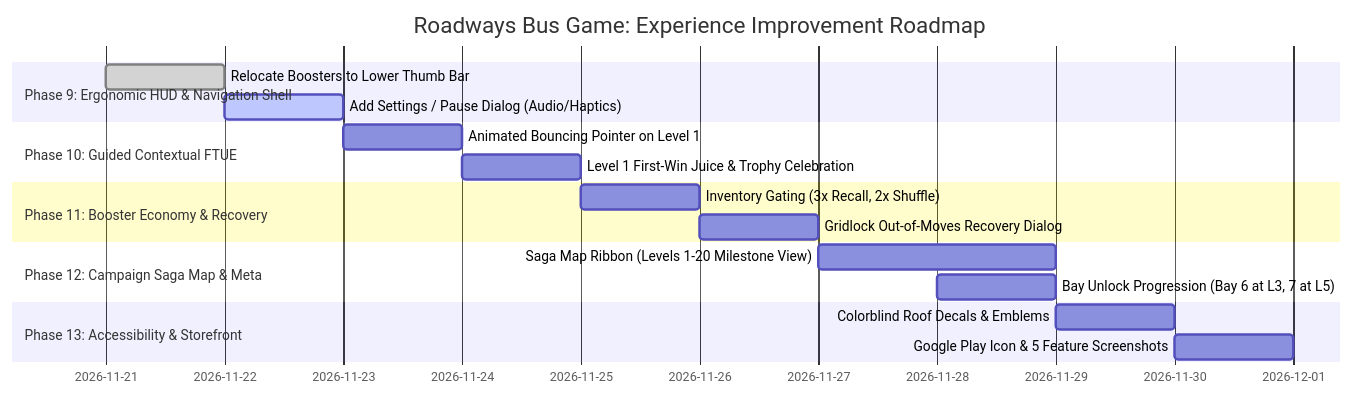
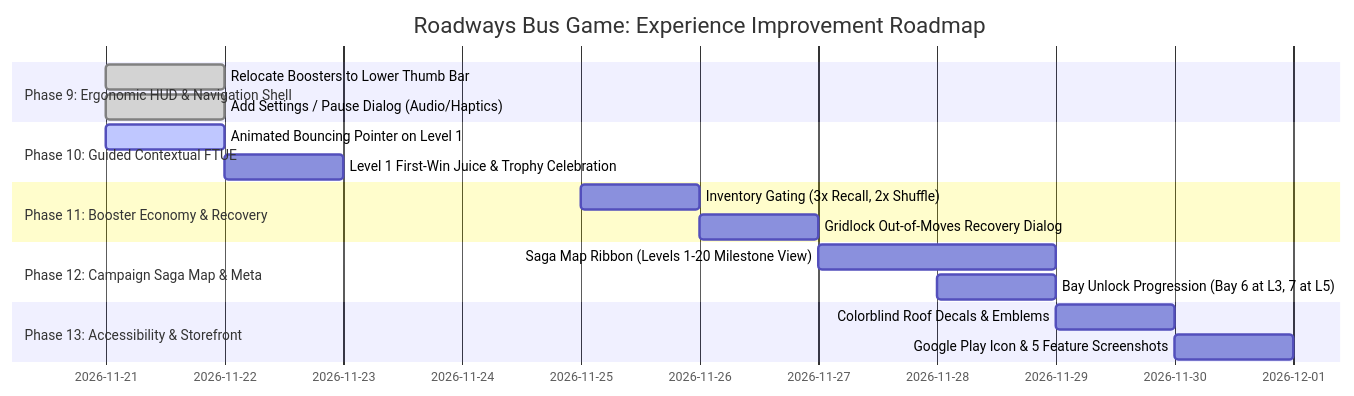
One commit to mohansharma916/Roadways-Bus- changed the fifth of 5 diagrams in GAME_EXPERIENCE_AUDIT_AND_ROADMAP.md. Above: the diagram before and after it, drawn with Mermaid. The commit also changed other lines of this file and 2 other files, not shown here.

Commit message:
feat(phase10): implement guided contextual FTUE, vector arrow pointer, matching beacon pulse and live verification

````diff
--- a/GAME_EXPERIENCE_AUDIT_AND_ROADMAP.md
+++ b/GAME_EXPERIENCE_AUDIT_AND_ROADMAP.md
@@ -305,20 +305,20 @@
 ```mermaid
 gantt
     title Roadways Bus Game: Experience Improvement Roadmap
     dateFormat  YYYY-MM-DD
     section Phase 9: Ergonomic HUD & Navigation Shell
     Relocate Boosters to Lower Thumb Bar      :done,    des1, 2026-11-21, 1d
-    Add Settings / Pause Dialog (Audio/Haptics):active,  des2, 2026-11-22, 1d
+    Add Settings / Pause Dialog (Audio/Haptics):done,    des2, 2026-11-21, 1d
     section Phase 10: Guided Contextual FTUE
-    Animated Bouncing Pointer on Level 1       :         des3, 2026-11-23, 1d
-    Level 1 First-Win Juice & Trophy Celebration:        des4, 2026-11-24, 1d
+    Animated Bouncing Pointer on Level 1       :active,  des3, 2026-11-21, 1d
+    Level 1 First-Win Juice & Trophy Celebration:        des4, 2026-11-22, 1d
     section Phase 11: Booster Economy & Recovery
     Inventory Gating (3x Recall, 2x Shuffle)   :         des5, 2026-11-25, 1d
     Gridlock Out-of-Moves Recovery Dialog      :         des6, 2026-11-26, 1d
     section Phase 12: Campaign Saga Map & Meta
     Saga Map Ribbon (Levels 1-20 Milestone View):        des7, 2026-11-27, 2d
     Bay Unlock Progression (Bay 6 at L3, 7 at L5):      des8, 2026-11-28, 1d
     section Phase 13: Accessibility & Storefront
     Colorblind Roof Decals & Emblems           :         des9, 2026-11-29, 1d
     Google Play Icon & 5 Feature Screenshots   :         des10, 2026-11-30, 1d
 ```
````
